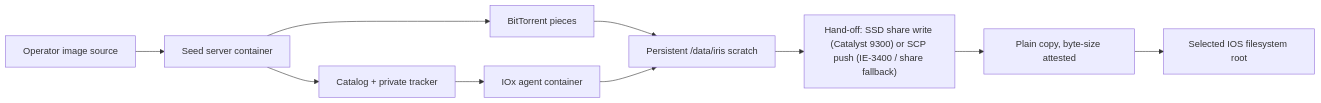
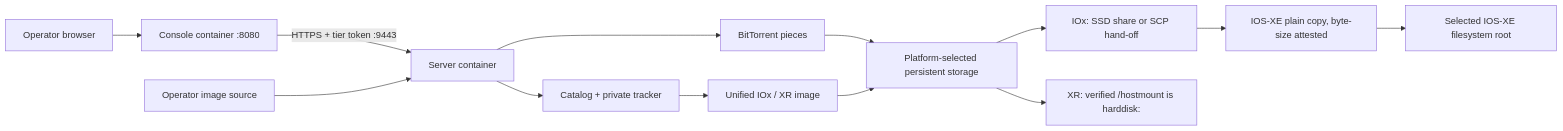
The diagram in docs/zensical/containers.md (cisco-open/intelligent-release-image-staging), drawn with Mermaid before and after one commit. The commit also changed other lines of this file and 142 other files, not shown here.

Commit message:
Unify device image and split console tier

````diff
--- a/docs/zensical/containers.md
+++ b/docs/zensical/containers.md
@@ -22,12 +23,15 @@
 ```mermaid
 flowchart LR
-    Operator["Operator image source"] --> Seed["Seed server container"]
+    Browser["Operator browser"] --> Console["Console container :8080"]
+    Console -->|"HTTPS + tier token :9443"| Seed["Server container"]
+    Operator["Operator image source"] --> Seed
     Seed --> Catalog["Catalog + private tracker"]
     Seed --> Swarm["BitTorrent pieces"]
-    Catalog --> Agent["IOx agent container"]
-    Swarm --> Scratch["Persistent /data/iris scratch"]
+    Catalog --> Agent["Unified IOx / XR image"]
+    Swarm --> Scratch["Platform-selected persistent storage"]
     Agent --> Scratch
-    Scratch --> Hand["Hand-off: SSD share write (Catalyst 9300) or SCP push (IE-3400 / share fallback)"]
-    Hand --> Verify["Plain copy, byte-size attested"]
-    Verify --> Target["Selected IOS filesystem root"]
+    Scratch --> Hand["IOx: SSD share or SCP hand-off"]
+    Hand --> Verify["IOS-XE plain copy, byte-size attested"]
+    Verify --> Target["Selected IOS-XE filesystem root"]
+    Scratch --> XR["XR: verified /hostmount is harddisk:"]
 ```
````
